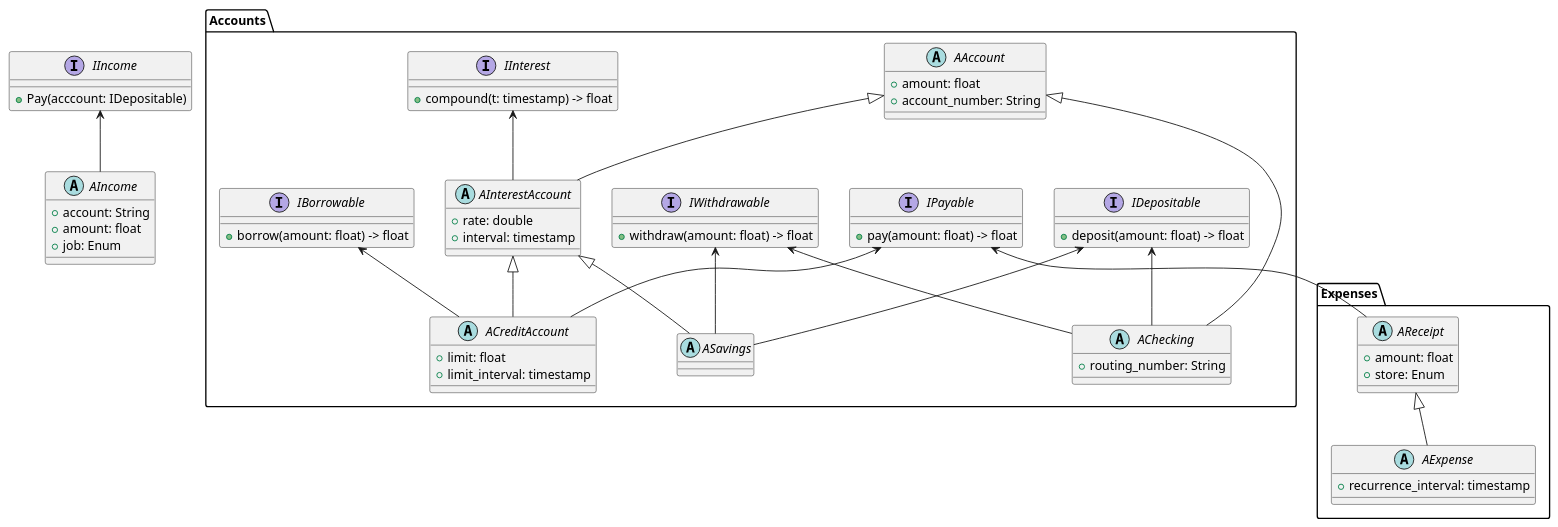
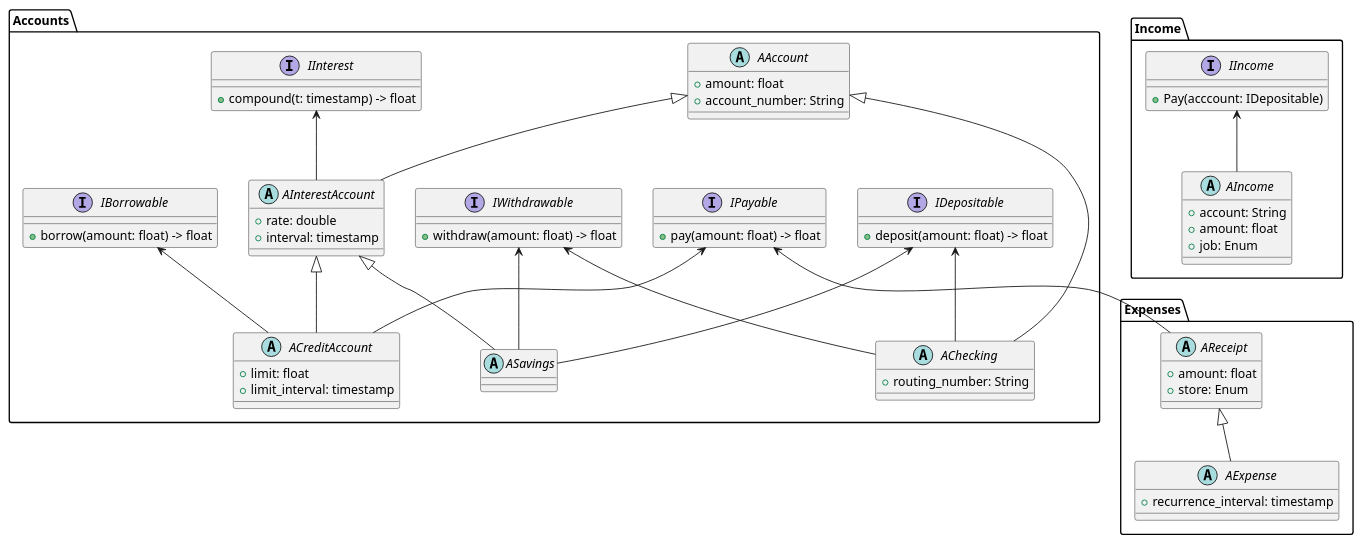
The diagram in object_model.puml (aaron-jencks/budget_LabVIEW), drawn with PlantUML before and after one commit. The commit also changed 1 other file, not shown here.

```diff
--- a/object_model.puml
+++ b/object_model.puml
@@ -1,86 +1,88 @@
 @startuml
 package Accounts {
     interface IDepositable {
     + deposit(amount: float) -> float
     }
 
     interface IWithdrawable {
     + withdraw(amount: float) -> float
     }
 
     interface IPayable {
     + pay(amount: float) -> float
     }
 
     interface IBorrowable {
     + borrow(amount: float) -> float
     }
 
     abstract class AAccount {
     + amount: float
     + account_number: String
     }
 
     interface IInterest {
     + compound(t: timestamp) -> float
     }
 
     abstract class AInterestAccount {
     + rate: double
     + interval: timestamp
     }
 
     IInterest <-- AInterestAccount
     AAccount <|-- AInterestAccount
 
     abstract class ACreditAccount {
     + limit: float
     + limit_interval: timestamp
     }
 
     IBorrowable <-- ACreditAccount
     IPayable <-- ACreditAccount
     AInterestAccount <|-- ACreditAccount
 
     abstract class ASavings {
     }
 
     IDepositable <-- ASavings
     IWithdrawable <-- ASavings
     AInterestAccount <|-- ASavings
 
     abstract class AChecking {
     + routing_number: String
     }
 
     IDepositable <-- AChecking
     IWithdrawable <-- AChecking
     AAccount <|-- AChecking
 }
 
 package Expenses {
     abstract class AReceipt {
     + amount: float
     + store: Enum
     }
     IPayable <-- AReceipt
 
     abstract class AExpense {
     + recurrence_interval: timestamp
     }
 
     AReceipt <|-- AExpense
 }
 
-interface IIncome {
-+ Pay(acccount: IDepositable)
+package Income {
+    interface IIncome {
+    + Pay(acccount: IDepositable)
+    }
+
+    abstract class AIncome {
+    + account: String
+    + amount: float
+    + job: Enum
+    }
+
+    IIncome <-- AIncome
 }
-
-abstract class AIncome {
-+ account: String
-+ amount: float
-+ job: Enum
-}
-
-IIncome <-- AIncome
 @enduml
```
